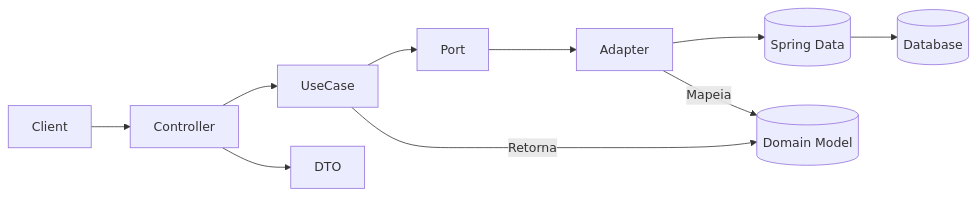
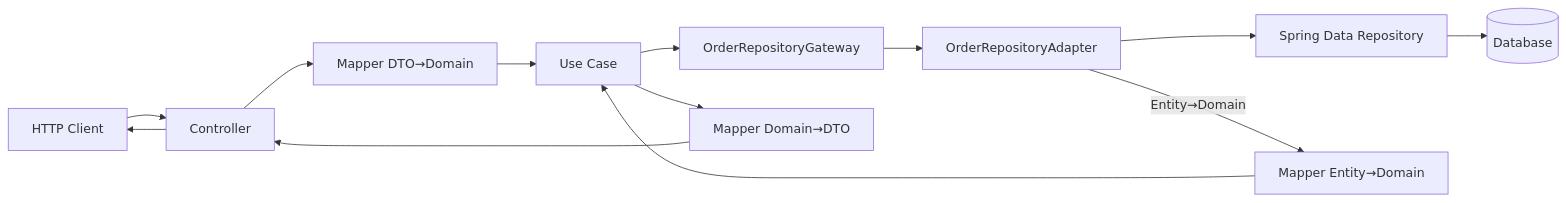
Before and after one commit to Azenith-Solutions/backend-api-rest: the first of 2 diagrams in src/main/java/com/azenithsolutions/backendapirest/v2/README.md, drawn with Mermaid. The commit also changed other lines of this file, not shown here.

Commit message:
feat(v2-documentation): update README with high-level diagram and detailed sequence for order creation

````diff
--- a/src/main/java/com/azenithsolutions/backendapirest/v2/README.md
+++ b/src/main/java/com/azenithsolutions/backendapirest/v2/README.md
@@ -41,12 +41,13 @@
 ```mermaid
 flowchart LR
-Client --> Controller
-Controller --> UseCase
-UseCase --> Port
-Port --> Adapter
-Adapter --> JPA[(Spring Data)]
-JPA --> DB[(Database)]
-Adapter -->|Mapeia| Domain[(Domain Model)]
-UseCase -->|Retorna| Domain
-Controller --> DTO
+Client[HTTP Client] --> C[Controller]
+C --> M1[Mapper DTO→Domain]
+M1 --> UC[Use Case]
+UC --> G[OrderRepositoryGateway]
+G --> AD[OrderRepositoryAdapter]
+AD --> R[Spring Data Repository]
+R --> DB[(Database)]
+AD -->|Entity→Domain| M2[Mapper Entity→Domain]
+M2 --> UC --> M3[Mapper Domain→DTO]
+M3 --> C --> Client
 ```
````
